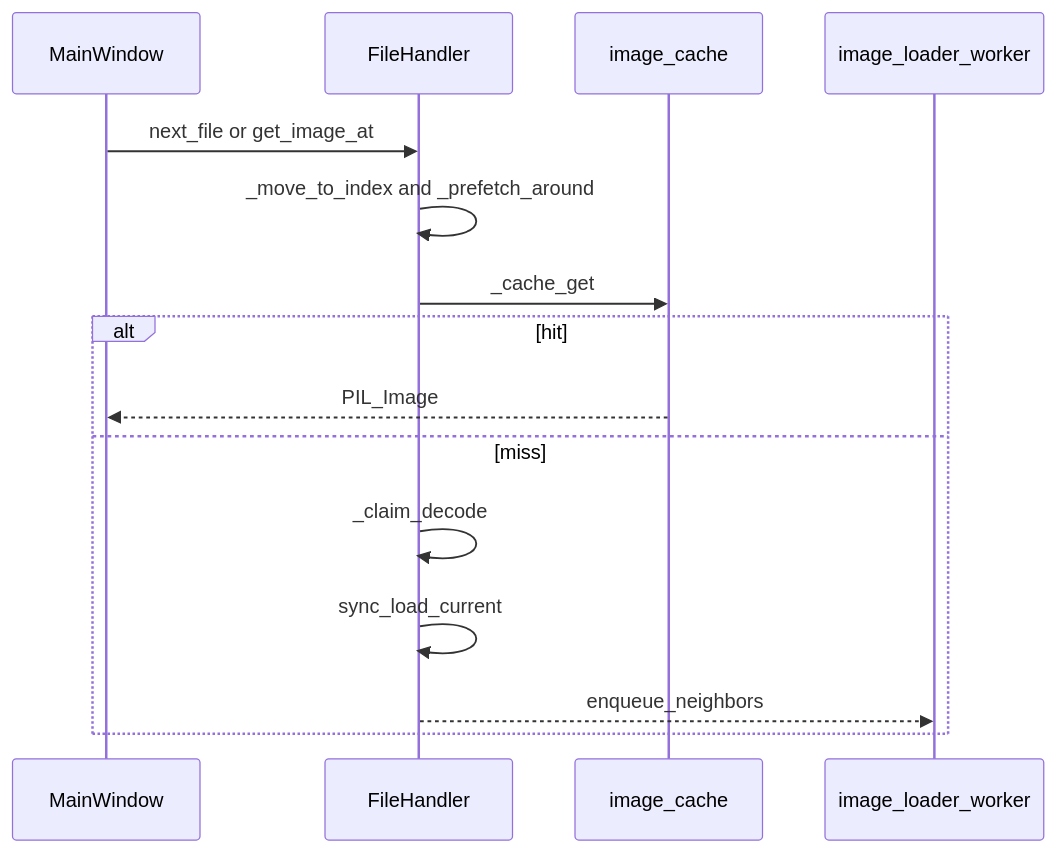
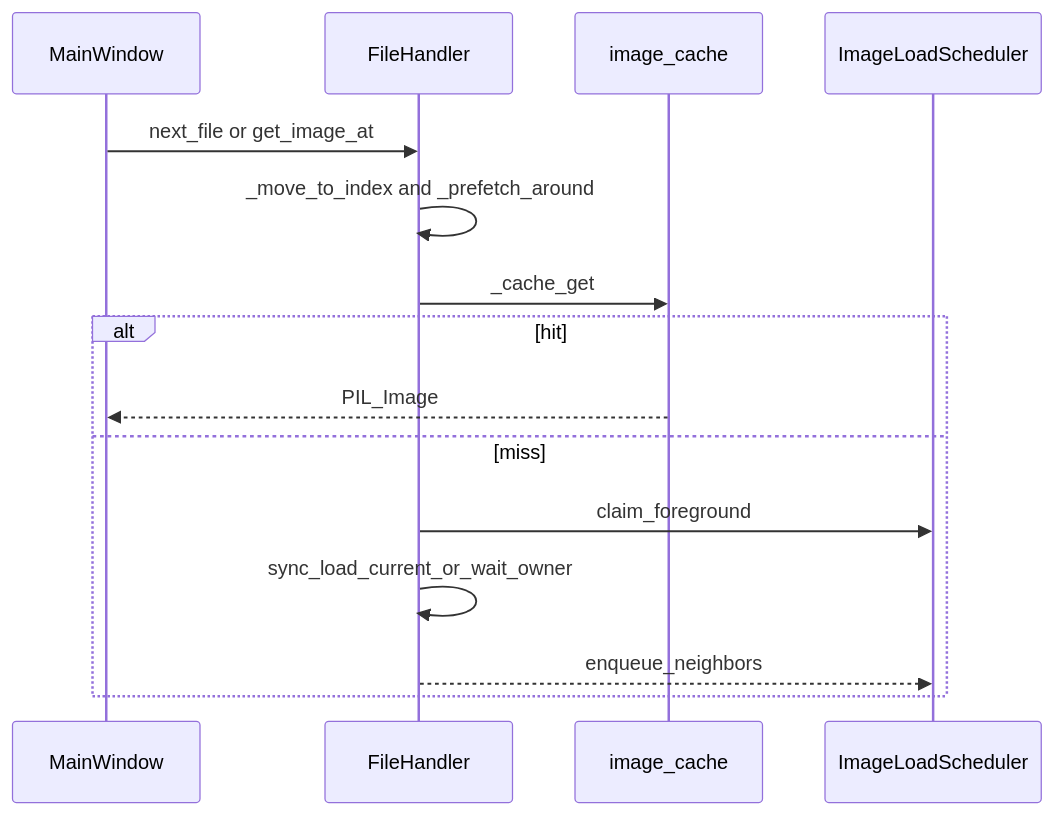
One commit to reki/EzCO changed the first of 2 diagrams in docs/IMAGE_LOADING.md. Above: the diagram before and after it, drawn with Mermaid. The commit also changed other lines of this file and 59 other files, not shown here.

````diff
--- a/docs/IMAGE_LOADING.md
+++ b/docs/IMAGE_LOADING.md
@@ -23,17 +23,17 @@
 ```mermaid
 sequenceDiagram
     participant UI as MainWindow
     participant FH as FileHandler
     participant Cache as image_cache
-    participant Worker as image_loader_worker
+    participant Scheduler as ImageLoadScheduler
     UI->>FH: next_file or get_image_at
     FH->>FH: _move_to_index and _prefetch_around
     FH->>Cache: _cache_get
     alt hit
         Cache-->>UI: PIL_Image
     else miss
-        FH->>FH: _claim_decode
-        FH->>FH: sync_load_current
-        FH-->>Worker: enqueue_neighbors
+        FH->>Scheduler: claim_foreground
+        FH->>FH: sync_load_current_or_wait_owner
+        FH-->>Scheduler: enqueue_neighbors
     end
 ```
````
